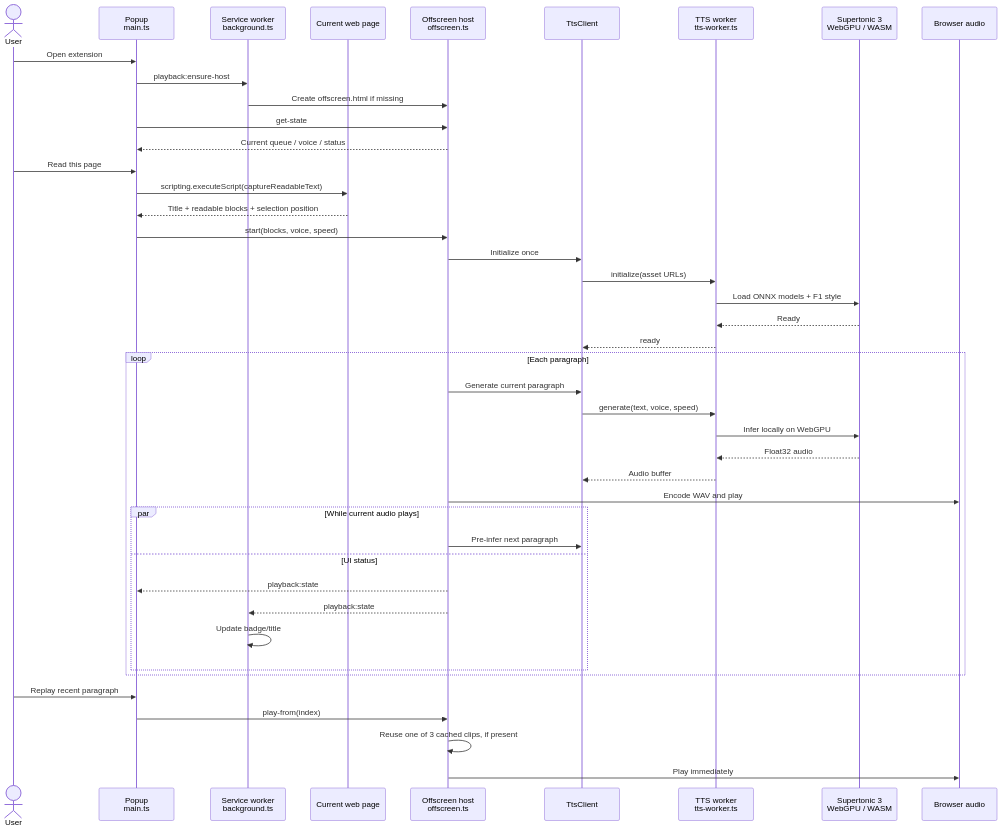
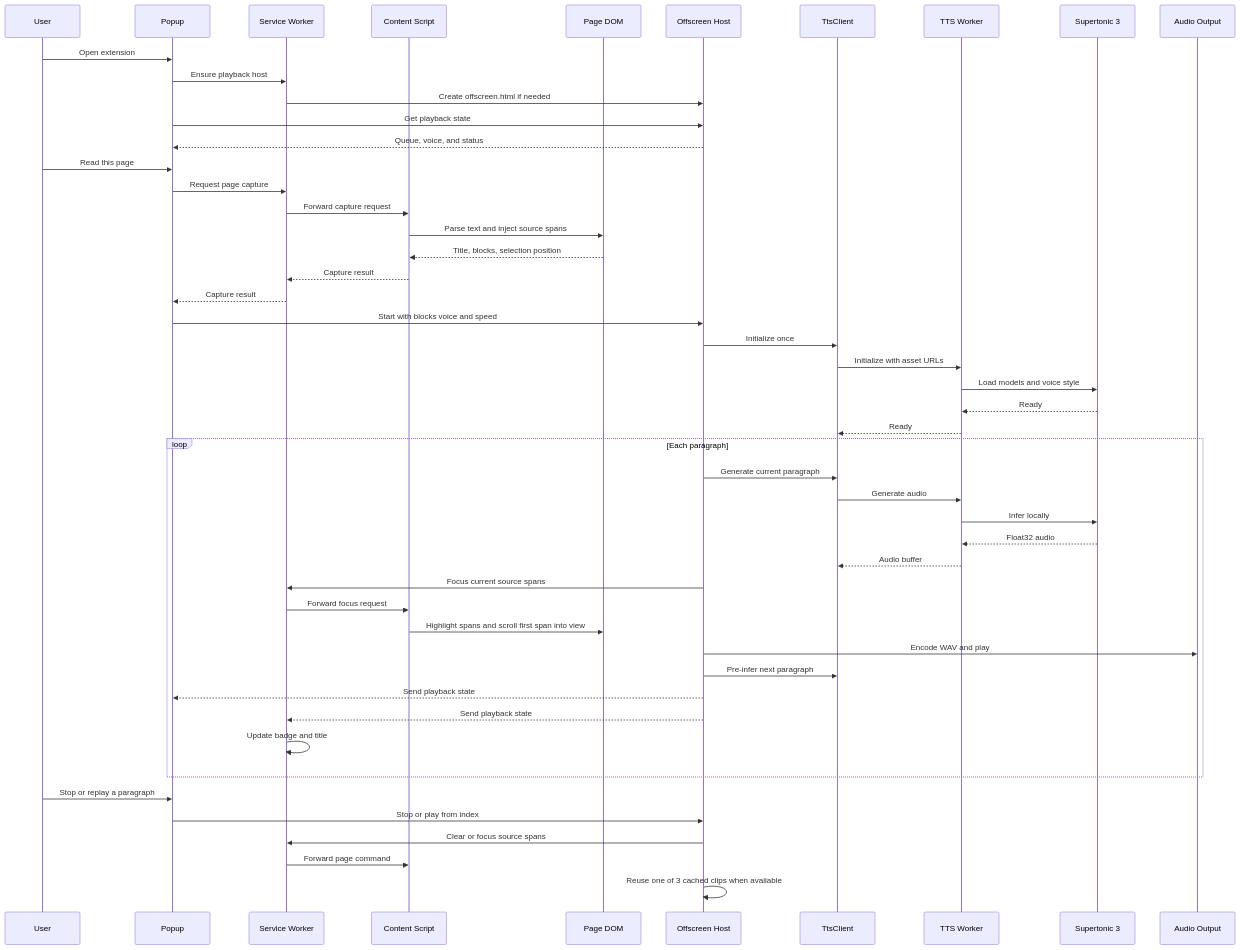
Before and after one commit to biraj21/hey-read-this-page: the diagram in README.md, drawn with Mermaid. The commit also changed other lines of this file and 7 other files, not shown here.

Commit message:
feat: highlight sentence in source page

````diff
--- a/README.md
+++ b/README.md
@@ -17,51 +19,58 @@
 ```mermaid
 sequenceDiagram
-      actor User
-      participant Popup as Popup<br/>main.ts
-      participant BG as Service worker<br/>background.ts
-      participant Tab as Current web page
-      participant Offscreen as Offscreen host<br/>offscreen.ts
-      participant Client as TtsClient
-      participant Worker as TTS worker<br/>tts-worker.ts
-      participant TTS as Supertonic 3<br/>WebGPU / WASM
-      participant Audio as Browser audio
+    participant User
+    participant Popup
+    participant SW as Service Worker
+    participant CS as Content Script
+    participant DOM as Page DOM
+    participant Offscreen as Offscreen Host
+    participant Client as TtsClient
+    participant Worker as TTS Worker
+    participant TTS as Supertonic 3
+    participant Audio as Audio Output
 
-      User->>Popup: Open extension
-      Popup->>BG: playback:ensure-host
-      BG->>Offscreen: Create offscreen.html if missing
-      Popup->>Offscreen: get-state
-      Offscreen-->>Popup: Current queue / voice / status
+    User->>Popup: Open extension
+    Popup->>SW: Ensure playback host
+    SW->>Offscreen: Create offscreen.html if needed
+    Popup->>Offscreen: Get playback state
+    Offscreen-->>Popup: Queue, voice, and status
 
-      User->>Popup: Read this page
-      Popup->>Tab: scripting.executeScript(captureReadableText)
-      Tab-->>Popup: Title + readable blocks + selection position
-      Popup->>Offscreen: start(blocks, voice, speed)
+    User->>Popup: Read this page
+    Popup->>SW: Request page capture
+    SW->>CS: Forward capture request
+    CS->>DOM: Parse text and inject source spans
+    DOM-->>CS: Title, blocks, selection position
+    CS-->>SW: Capture result
+    SW-->>Popup: Capture result
+    Popup->>Offscreen: Start with blocks voice and speed
 
-      Offscreen->>Client: Initialize once
-      Client->>Worker: initialize(asset URLs)
-      Worker->>TTS: Load ONNX models + F1 style
-      TTS-->>Worker: Ready
-      Worker-->>Client: ready
+    Offscreen->>Client: Initialize once
+    Client->>Worker: Initialize with asset URLs
+    Worker->>TTS: Load models and voice style
+    TTS-->>Worker: Ready
+    Worker-->>Client: Ready
 
-      loop Each paragraph
-          Offscreen->>Client: Generate current paragraph
-          Client->>Worker: generate(text, voice, speed)
-          Worker->>TTS: Infer locally on WebGPU
-          TTS-->>Worker: Float32 audio
-          Worker-->>Client: Audio buffer
-          Offscreen->>Audio: Encode WAV and play
+    loop Each paragraph
+        Offscreen->>Client: Generate current paragraph
+        Client->>Worker: Generate audio
+        Worker->>TTS: Infer locally
+        TTS-->>Worker: Float32 audio
+        Worker-->>Client: Audio buffer
 
-          par While current audio plays
-              Offscreen->>Client: Pre-infer next paragraph
-          and UI status
-              Offscreen-->>Popup: playback:state
-              Offscreen-->>BG: playback:state
-              BG->>BG: Update badge/title
-          end
-      end
+        Offscreen->>SW: Focus current source spans
+        SW->>CS: Forward focus request
+        CS->>DOM: Highlight spans and scroll first span into view
+        Offscreen->>Audio: Encode WAV and play
 
-      User->>Popup: Replay recent paragraph
-      Popup->>Offscreen: play-from(index)
-      Offscreen->>Offscreen: Reuse one of 3 cached clips, if present
-      Offscreen->>Audio: Play immediately
+        Offscreen->>Client: Pre-infer next paragraph
+        Offscreen-->>Popup: Send playback state
+        Offscreen-->>SW: Send playback state
+        SW->>SW: Update badge and title
+    end
+
+    User->>Popup: Stop or replay a paragraph
+    Popup->>Offscreen: Stop or play from index
+    Offscreen->>SW: Clear or focus source spans
+    SW->>CS: Forward page command
+    Offscreen->>Offscreen: Reuse one of 3 cached clips when available
 ```
````
